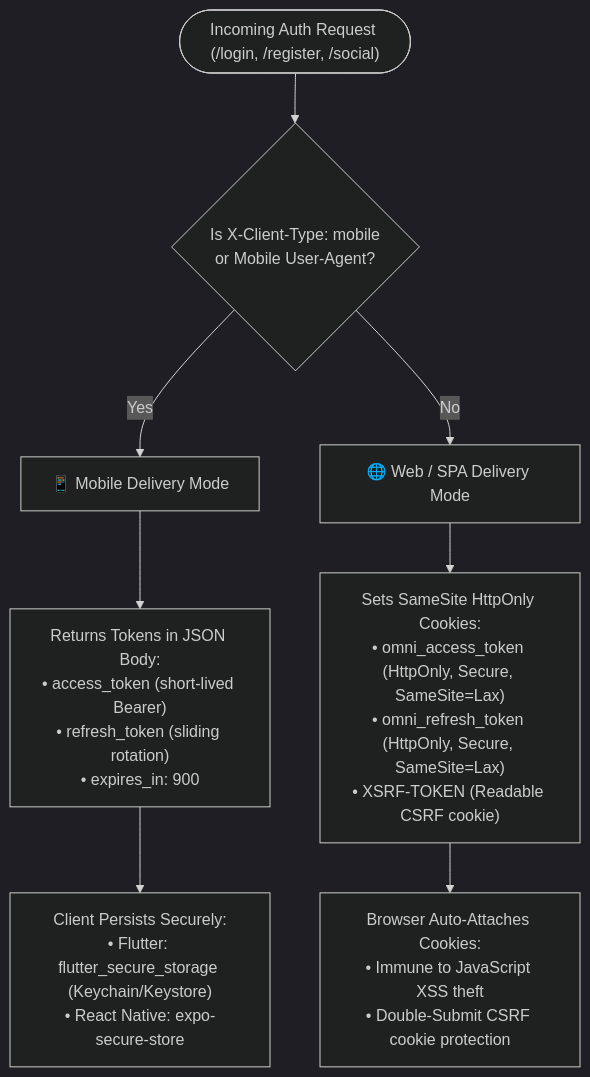
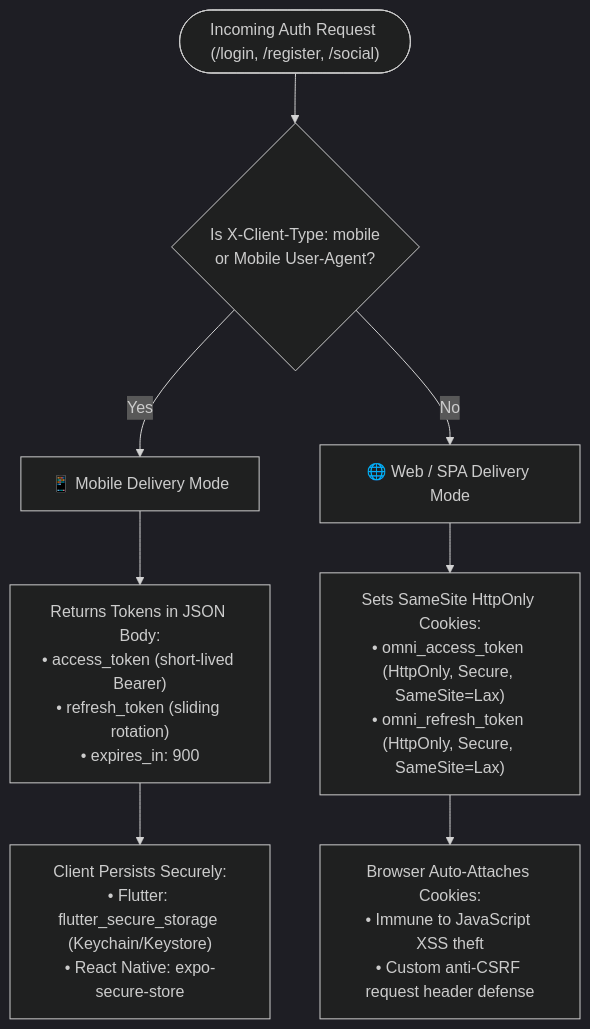
The diagram in docs/src/content/docs/architecture/dual-mode-tokens.md (kaziomarsh24/laravel-omni-auth), drawn with Mermaid (dark theme) before and after one commit. The commit also changed other lines of this file and 40 other files, not shown here.

````diff
--- a/docs/src/content/docs/architecture/dual-mode-tokens.md
+++ b/docs/src/content/docs/architecture/dual-mode-tokens.md
@@ -19,13 +19,13 @@
 ```mermaid
 flowchart TD
     Start(["Incoming Auth Request (/login, /register, /social)"]) --> Detect{"Is X-Client-Type: mobile<br/>or Mobile User-Agent?"}
 
     Detect -- Yes --> Mobile["📱 Mobile Delivery Mode"]
     Detect -- No --> Web["🌐 Web / SPA Delivery Mode"]
 
     Mobile --> MobileJSON["Returns Tokens in JSON Body:<br/>• access_token (short-lived Bearer)<br/>• refresh_token (sliding rotation)<br/>• expires_in: 900"]
     MobileJSON --> MobileStore["Client Persists Securely:<br/>• Flutter: flutter_secure_storage (Keychain/Keystore)<br/>• React Native: expo-secure-store"]
 
-    Web --> WebCookies["Sets SameSite HttpOnly Cookies:<br/>• omni_access_token (HttpOnly, Secure, SameSite=Lax)<br/>• omni_refresh_token (HttpOnly, Secure, SameSite=Lax)<br/>• XSRF-TOKEN (Readable CSRF cookie)"]
-    WebCookies --> WebAuto["Browser Auto-Attaches Cookies:<br/>• Immune to JavaScript XSS theft<br/>• Double-Submit CSRF cookie protection"]
+    Web --> WebCookies["Sets SameSite HttpOnly Cookies:<br/>• omni_access_token (HttpOnly, Secure, SameSite=Lax)<br/>• omni_refresh_token (HttpOnly, Secure, SameSite=Lax)"]
+    WebCookies --> WebAuto["Browser Auto-Attaches Cookies:<br/>• Immune to JavaScript XSS theft<br/>• Custom anti-CSRF request header defense"]
 ```
````
